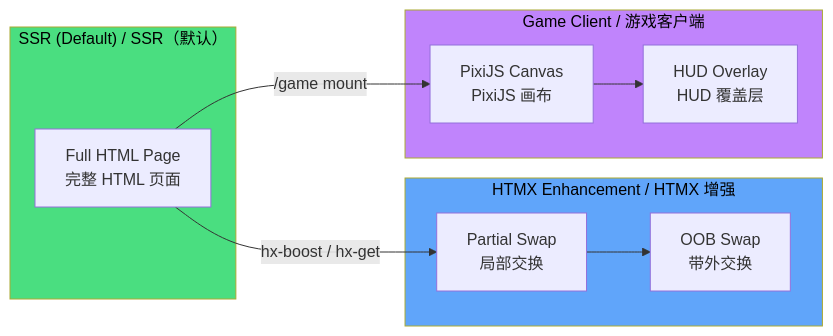
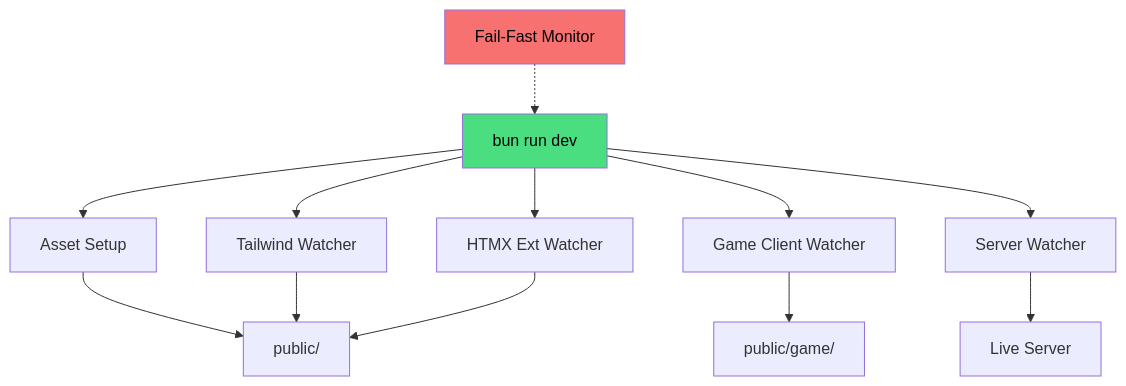
The fifth of 8 diagrams in README.md (d4551/tea), drawn with Mermaid before and after one commit. The commit also changed other lines of this file, not shown here.

````diff
--- a/README.md
+++ b/README.md
@@ -250,25 +216,20 @@
 ```mermaid
-flowchart LR
-  subgraph SSR["SSR (Default) / SSR（默认）"]
-    H["Full HTML Page<br/>完整 HTML 页面"]
-  end
+flowchart TD
+  DEV["bun run dev"]
 
-  subgraph HTMX_PE["HTMX Enhancement / HTMX 增强"]
-    P["Partial Swap<br/>局部交换"]
-    OOB["OOB Swap<br/>带外交换"]
-  end
+  DEV --> S["Asset Setup"]
+  DEV --> TW["Tailwind Watcher"]
+  DEV --> HX["HTMX Ext Watcher"]
+  DEV --> GC["Game Client Watcher"]
+  DEV --> SRV["Server Watcher"]
 
-  subgraph Game["Game Client / 游戏客户端"]
-    CANVAS["PixiJS Canvas<br/>PixiJS 画布"]
-    HUD["HUD Overlay<br/>HUD 覆盖层"]
-  end
+  S --> PUB["public/"]
+  TW --> PUB
+  HX --> PUB
+  GC --> GAME["public/game/"]
+  SRV --> LIVE["Live Server"]
+  FAIL["Fail-Fast Monitor"] -.-> DEV
 
-  H -->|"hx-boost / hx-get"| P
-  P --> OOB
-  H -->|"/game mount"| CANVAS
-  CANVAS --> HUD
-
-  style SSR fill:#4ade80,color:#000
-  style HTMX_PE fill:#60a5fa,color:#000
-  style Game fill:#c084fc,color:#000
+  style DEV fill:#4ade80,color:#000
+  style FAIL fill:#f87171,color:#000
 ```
````
